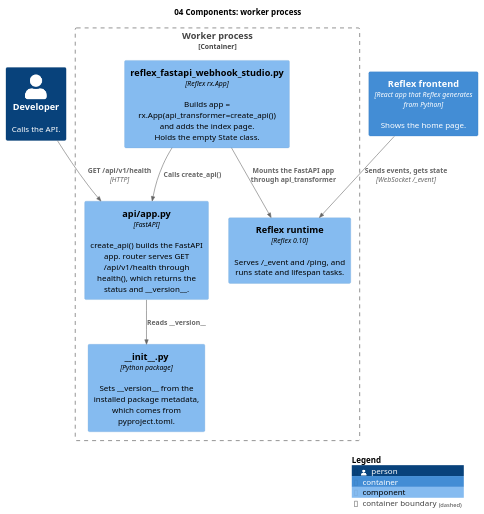
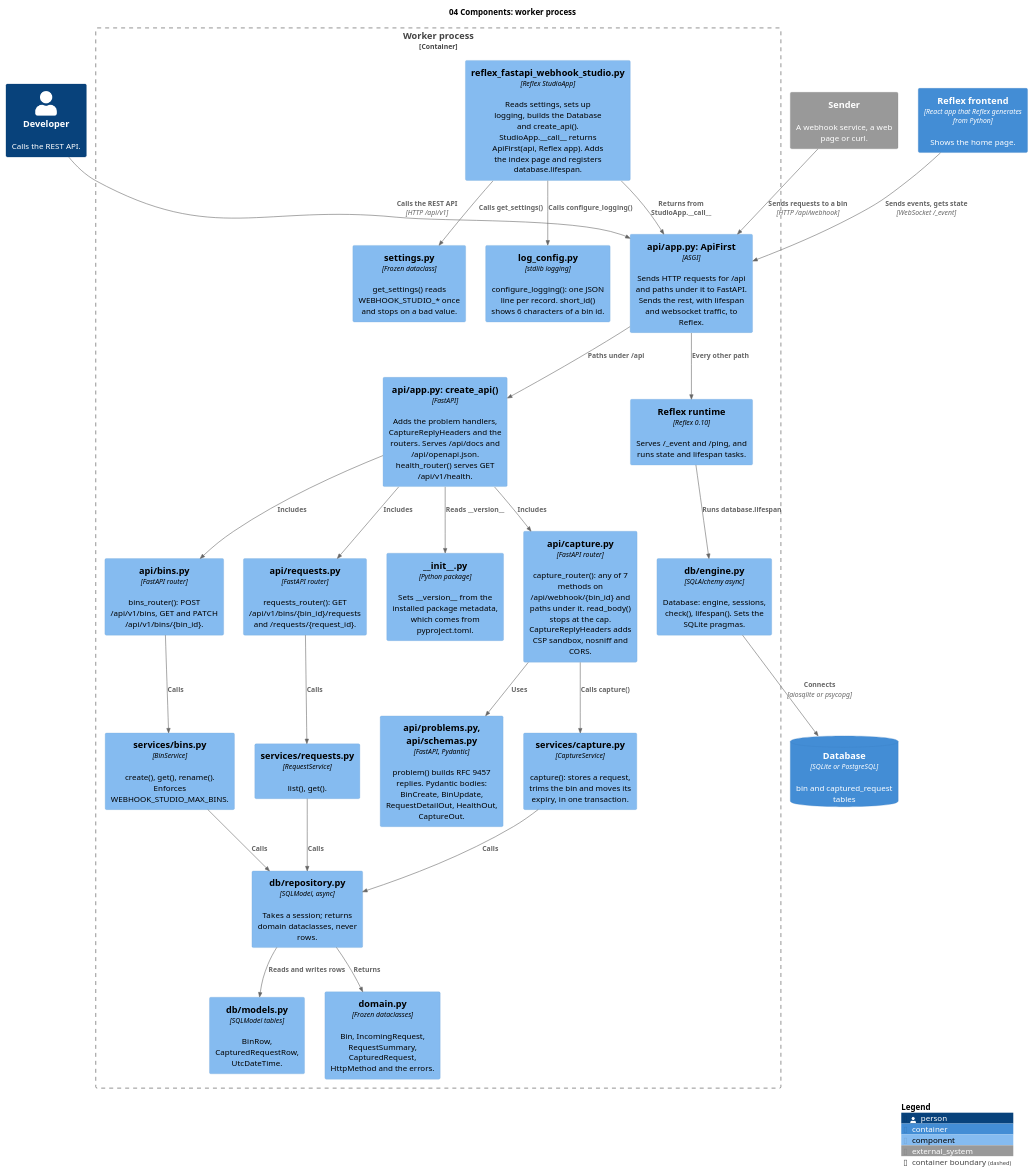
The diagram in docs/diagrams/04-c4-component.puml (Nikhil-Raphy/reflex-fastapi-webhook-studio), drawn with PlantUML before and after one commit. The commit also changed 67 other files, not shown here.

First line of the commit message:
feat: catch requests in bins and read them back through the REST API (#2)

```diff
--- a/docs/diagrams/04-c4-component.puml
+++ b/docs/diagrams/04-c4-component.puml
@@ -1,23 +1,57 @@
 @startuml 04-c4-component
 !include <C4/C4_Component>
 
 title 04 Components: worker process
 
-Person(developer, "Developer", "Calls the API.")
+Person(developer, "Developer", "Calls the REST API.")
+System_Ext(sender, "Sender", "A webhook service, a web page or curl.")
 Container(frontend, "Reflex frontend", "React app that Reflex generates from Python", "Shows the home page.")
+ContainerDb(database, "Database", "SQLite or PostgreSQL", "bin and captured_request tables")
 
 Container_Boundary(worker, "Worker process") {
-  Component(entry, "reflex_fastapi_webhook_studio.py", "Reflex rx.App", "Builds app = rx.App(api_transformer=create_api()) and adds the index page. Holds the empty State class.")
-  Component(api, "api/app.py", "FastAPI", "create_api() builds the FastAPI app. router serves GET /api/v1/health through health(), which returns the status and ~__version~__.")
+  Component(entry, "reflex_fastapi_webhook_studio.py", "Reflex StudioApp", "Reads settings, sets up logging, builds the Database and create_api(). StudioApp.~__call~__ returns ApiFirst(api, Reflex app). Adds the index page and registers database.lifespan.")
+  Component(apifirst, "api/app.py: ApiFirst", "ASGI", "Sends HTTP requests for /api and paths under it to FastAPI. Sends the rest, with lifespan and websocket traffic, to Reflex.")
+  Component(fastapi, "api/app.py: create_api()", "FastAPI", "Adds the problem handlers, CaptureReplyHeaders and the routers. Serves /api/docs and /api/openapi.json. health_router() serves GET /api/v1/health.")
+  Component(capture_api, "api/capture.py", "FastAPI router", "capture_router(): any of 7 methods on /api/webhook/{bin_id} and paths under it. read_body() stops at the cap. CaptureReplyHeaders adds CSP sandbox, nosniff and CORS.")
+  Component(bins_api, "api/bins.py", "FastAPI router", "bins_router(): POST /api/v1/bins, GET and PATCH /api/v1/bins/{bin_id}.")
+  Component(requests_api, "api/requests.py", "FastAPI router", "requests_router(): GET /api/v1/bins/{bin_id}/requests and /requests/{request_id}.")
+  Component(problems, "api/problems.py, api/schemas.py", "FastAPI, Pydantic", "problem() builds RFC 9457 replies. Pydantic bodies: BinCreate, BinUpdate, RequestDetailOut, HealthOut, CaptureOut.")
+  Component(capture_svc, "services/capture.py", "CaptureService", "capture(): stores a request, trims the bin and moves its expiry, in one transaction.")
+  Component(bins_svc, "services/bins.py", "BinService", "create(), get(), rename(). Enforces WEBHOOK_STUDIO_MAX_BINS.")
+  Component(requests_svc, "services/requests.py", "RequestService", "list(), get().")
+  Component(repository, "db/repository.py", "SQLModel, async", "Takes a session; returns domain dataclasses, never rows.")
+  Component(models, "db/models.py", "SQLModel tables", "BinRow, CapturedRequestRow, UtcDateTime.")
+  Component(engine, "db/engine.py", "SQLAlchemy async", "Database: engine, sessions, check(), lifespan(). Sets the SQLite pragmas.")
+  Component(domain, "domain.py", "Frozen dataclasses", "Bin, IncomingRequest, RequestSummary, CapturedRequest, HttpMethod and the errors.")
+  Component(settings, "settings.py", "Frozen dataclass", "get_settings() reads WEBHOOK_STUDIO_* once and stops on a bad value.")
+  Component(log_config, "log_config.py", "stdlib logging", "configure_logging(): one JSON line per record. short_id() shows 6 characters of a bin id.")
   Component(package, "~__init~__.py", "Python package", "Sets ~__version~__ from the installed package metadata, which comes from pyproject.toml.")
   Component(runtime, "Reflex runtime", "Reflex 0.10", "Serves /_event and /ping, and runs state and lifespan tasks.")
 }
 
-Rel(entry, api, "Calls create_api()")
-Rel(api, package, "Reads __version__")
-Rel(entry, runtime, "Mounts the FastAPI app through api_transformer")
-Rel(frontend, runtime, "Sends events, gets state", "WebSocket /_event")
-Rel(developer, api, "GET /api/v1/health", "HTTP")
+Rel(sender, apifirst, "Sends requests to a bin", "HTTP /api/webhook")
+Rel(developer, apifirst, "Calls the REST API", "HTTP /api/v1")
+Rel(frontend, apifirst, "Sends events, gets state", "WebSocket /_event")
+Rel(entry, apifirst, "Returns from StudioApp.~__call~__")
+Rel(entry, settings, "Calls get_settings()")
+Rel(entry, log_config, "Calls configure_logging()")
+Rel(apifirst, fastapi, "Paths under /api")
+Rel(apifirst, runtime, "Every other path")
+Rel(runtime, engine, "Runs database.lifespan")
+Rel(fastapi, capture_api, "Includes")
+Rel(fastapi, bins_api, "Includes")
+Rel(fastapi, requests_api, "Includes")
+Rel(fastapi, package, "Reads ~__version~__")
+Rel(capture_api, problems, "Uses")
+Rel(capture_api, capture_svc, "Calls capture()")
+Rel(bins_api, bins_svc, "Calls")
+Rel(requests_api, requests_svc, "Calls")
+Rel(capture_svc, repository, "Calls")
+Rel(bins_svc, repository, "Calls")
+Rel(requests_svc, repository, "Calls")
+Rel(repository, models, "Reads and writes rows")
+Rel(repository, domain, "Returns")
+Rel(engine, database, "Connects", "aiosqlite or psycopg")
 
 SHOW_LEGEND()
 @enduml
```
